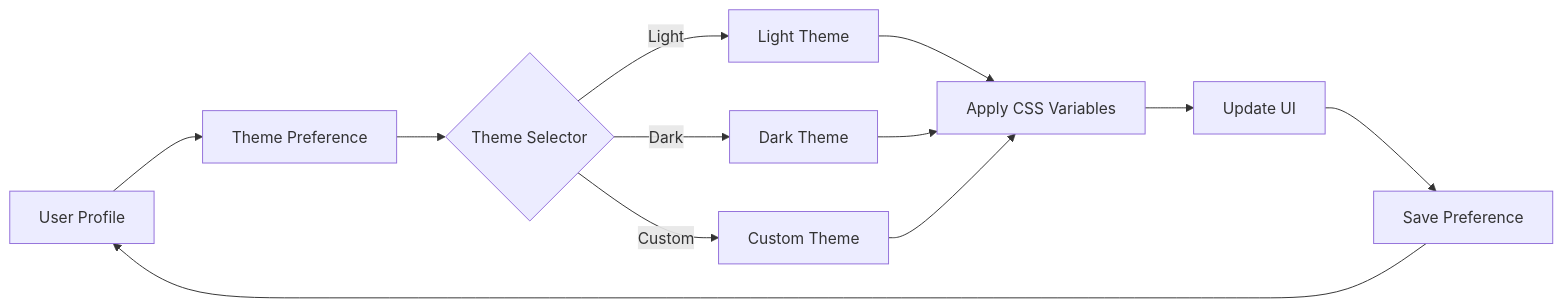
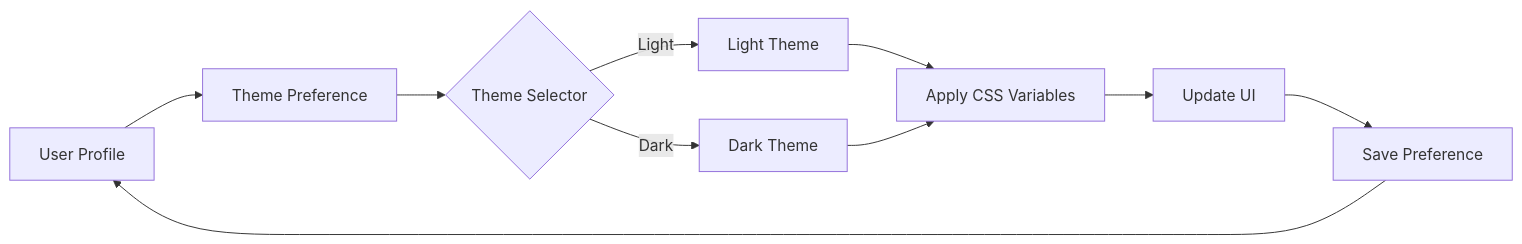
One commit to red2n/modern-reservation changed the tenth of 13 diagrams in docs/product-requirements-document.md. Above: the diagram before and after it, drawn with Mermaid. The commit also changed other lines of this file, not shown here.

Commit message:
Enhance Product Requirements Document with Zod schema validation details and database-agnostic architecture

````diff
--- a/docs/product-requirements-document.md
+++ b/docs/product-requirements-document.md
@@ -769,14 +898,12 @@
 ```mermaid
 graph LR
     A[User Profile] --> B[Theme Preference]
     B --> C{Theme Selector}
     C -->|Light| D[Light Theme]
     C -->|Dark| E[Dark Theme]
-    C -->|Custom| F[Custom Theme]
     D --> G[Apply CSS Variables]
     E --> G
-    F --> G
     G --> H[Update UI]
     H --> I[Save Preference]
     I --> A
 ```
````
